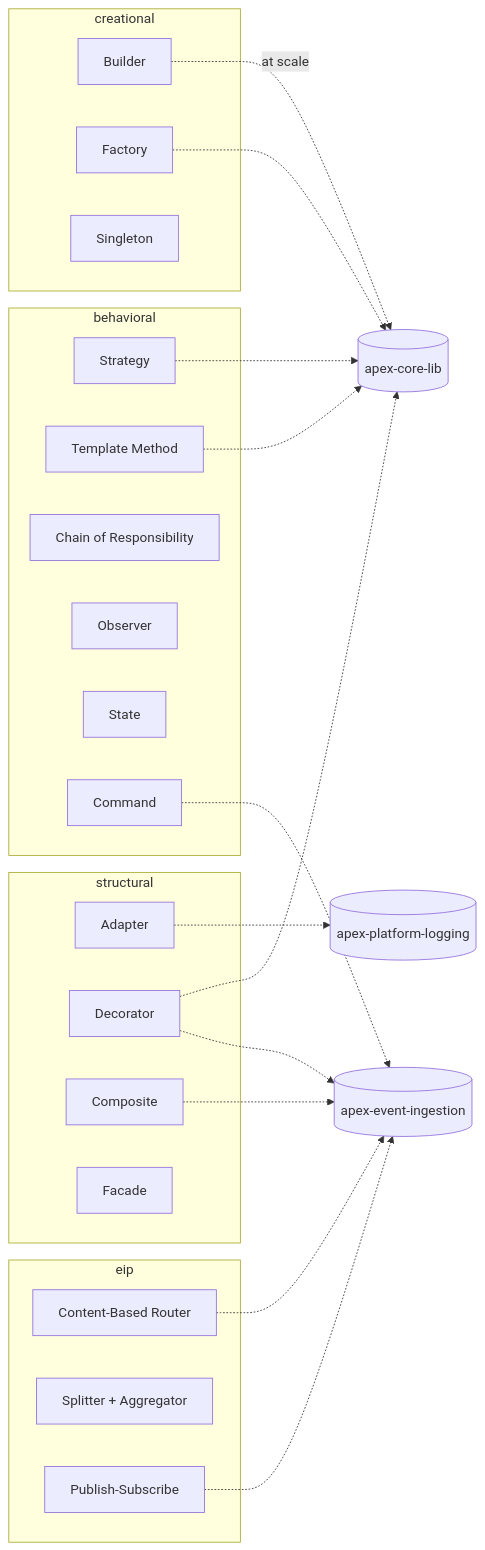
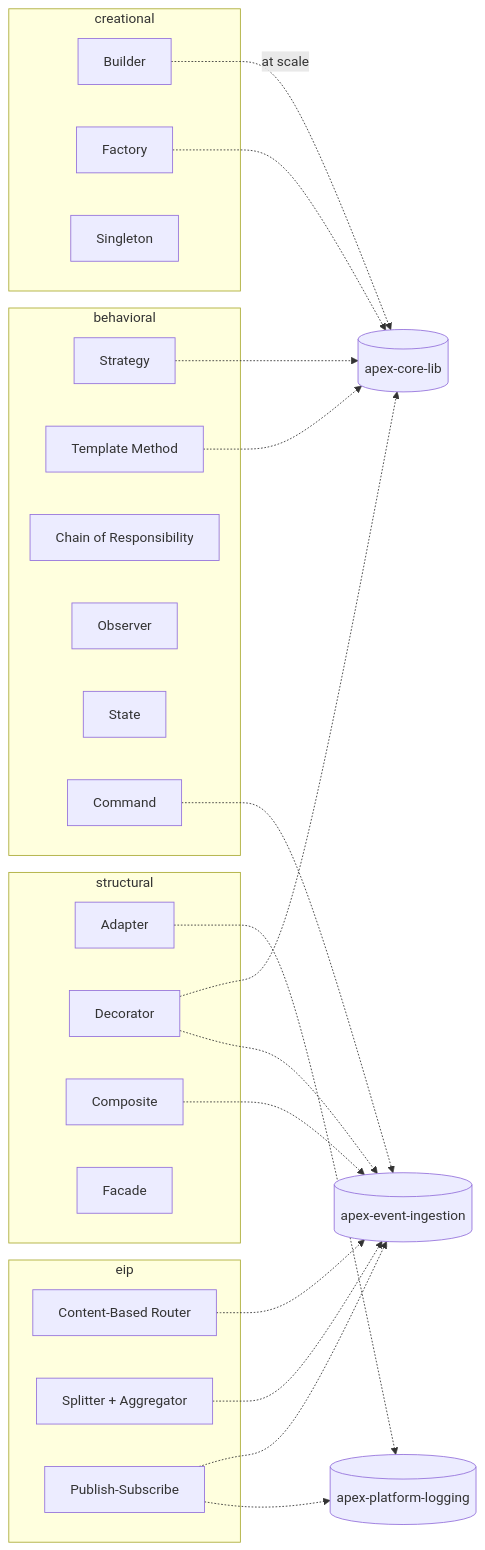
One commit to csquaredaz/apex-design-patterns changed the diagram in README.md. Above: the diagram before and after it, drawn with Mermaid. The commit also changed other lines of this file and 2 other files, not shown here.

````diff
--- a/README.md
+++ b/README.md
@@ -14,41 +14,43 @@
 ```mermaid
 flowchart LR
   subgraph creational
     builder[Builder]
     factory[Factory]
     singleton[Singleton]
   end
   subgraph structural
     adapter[Adapter]
     decorator[Decorator]
     composite[Composite]
     facade[Facade]
   end
   subgraph behavioral
     strategy[Strategy]
     template[Template Method]
     chain[Chain of Responsibility]
     observer[Observer]
     state[State]
     command[Command]
   end
   subgraph eip
     router[Content-Based Router]
     splitter[Splitter + Aggregator]
     pubsub[Publish-Subscribe]
   end
   core[(apex-core-lib)]
   ingest[(apex-event-ingestion)]
   logging[(apex-platform-logging)]
   builder -.at scale.-> core
   factory -.-> core
   strategy -.-> core
   template -.-> core
   decorator -.-> core
   decorator -.-> ingest
   composite -.-> ingest
   command -.-> ingest
   router -.-> ingest
   pubsub -.-> ingest
+  pubsub -.-> logging
+  splitter -.-> ingest
   adapter -.-> logging
 ```
````
